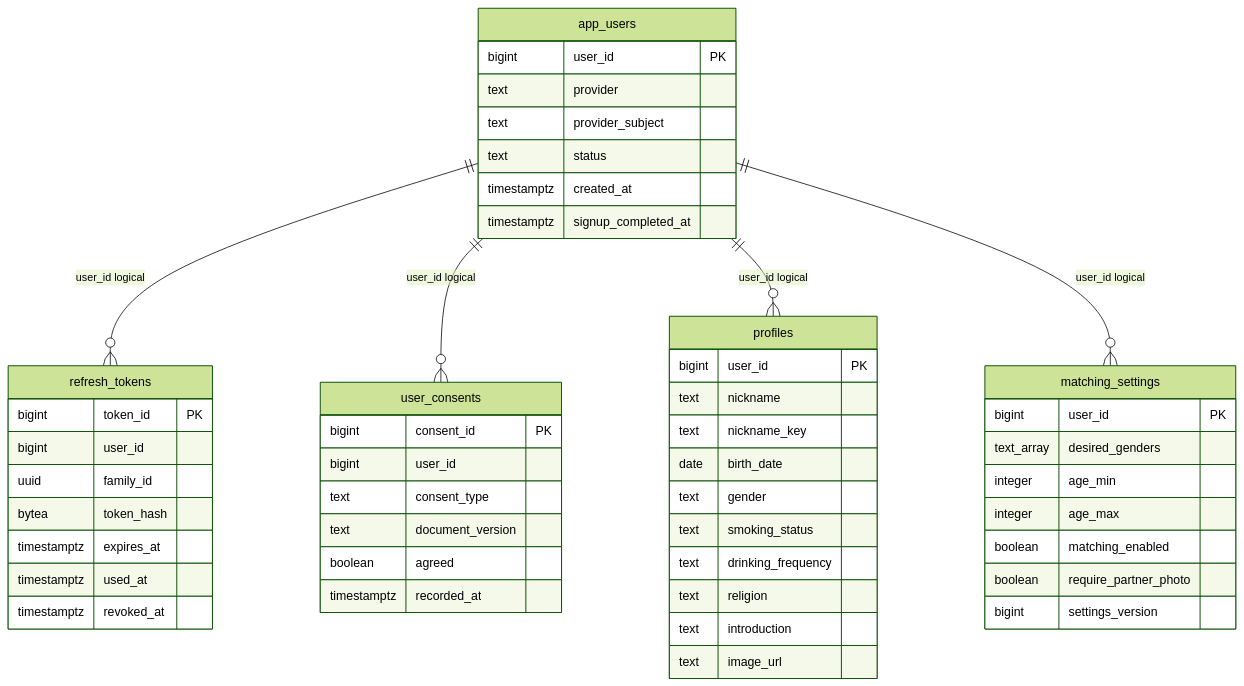
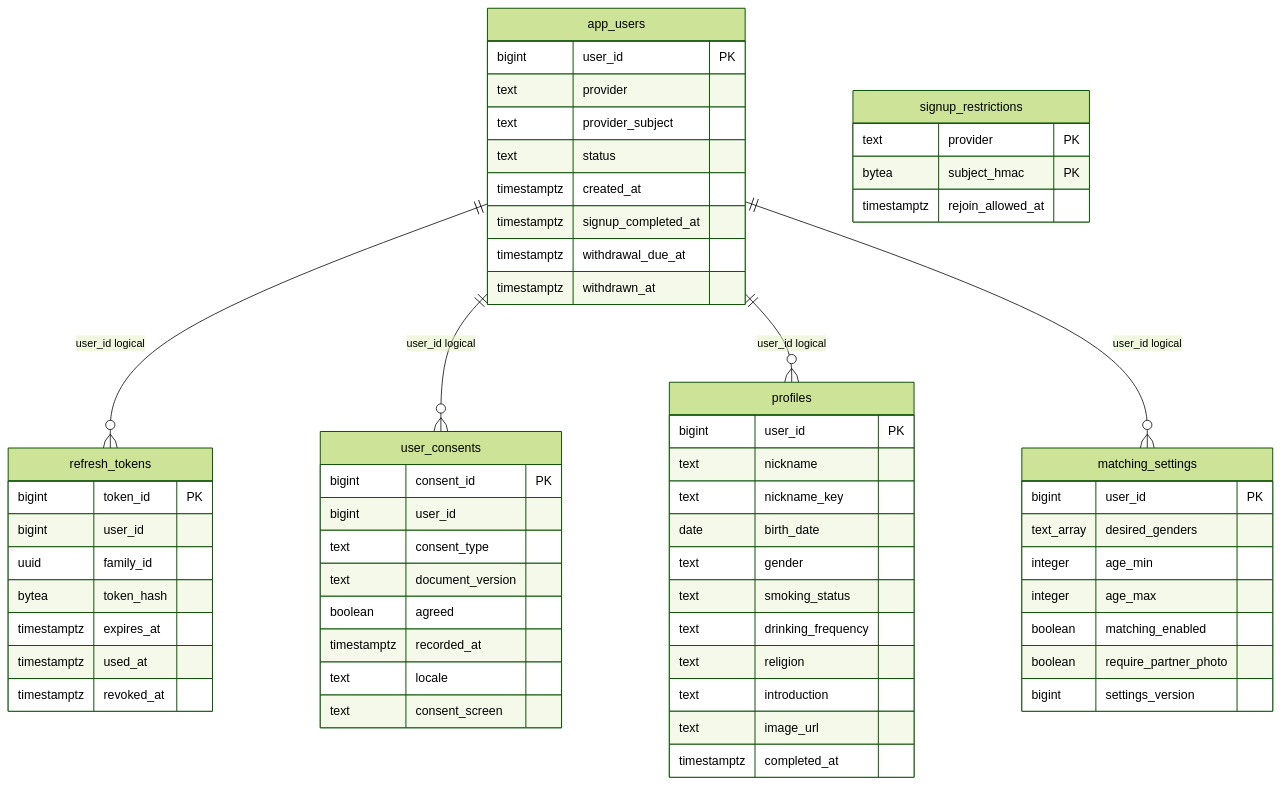
Before and after one commit to j-moo/Tingle: the diagram in docs/database/erd-1.mmd, drawn with Mermaid (forest theme). The commit also changed 197 other files, not shown here.

```diff
--- a/docs/database/erd-1.mmd
+++ b/docs/database/erd-1.mmd
@@ -1,51 +1,61 @@
 erDiagram
     app_users {
         bigint user_id PK
         text provider
         text provider_subject
         text status
         timestamptz created_at
         timestamptz signup_completed_at
+        timestamptz withdrawal_due_at
+        timestamptz withdrawn_at
     }
     refresh_tokens {
         bigint token_id PK
         bigint user_id
         uuid family_id
         bytea token_hash
         timestamptz expires_at
         timestamptz used_at
         timestamptz revoked_at
     }
     user_consents {
         bigint consent_id PK
         bigint user_id
         text consent_type
         text document_version
         boolean agreed
         timestamptz recorded_at
+        text locale
+        text consent_screen
+    }
+    signup_restrictions {
+        text provider PK
+        bytea subject_hmac PK
+        timestamptz rejoin_allowed_at
     }
     profiles {
         bigint user_id PK
         text nickname
         text nickname_key
         date birth_date
         text gender
         text smoking_status
         text drinking_frequency
         text religion
         text introduction
         text image_url
+        timestamptz completed_at
     }
     matching_settings {
         bigint user_id PK
         text_array desired_genders
         integer age_min
         integer age_max
         boolean matching_enabled
         boolean require_partner_photo
         bigint settings_version
     }
     app_users ||--o{ refresh_tokens : "user_id logical"
     app_users ||--o{ user_consents : "user_id logical"
     app_users ||--o{ profiles : "user_id logical"
     app_users ||--o{ matching_settings : "user_id logical"
```
